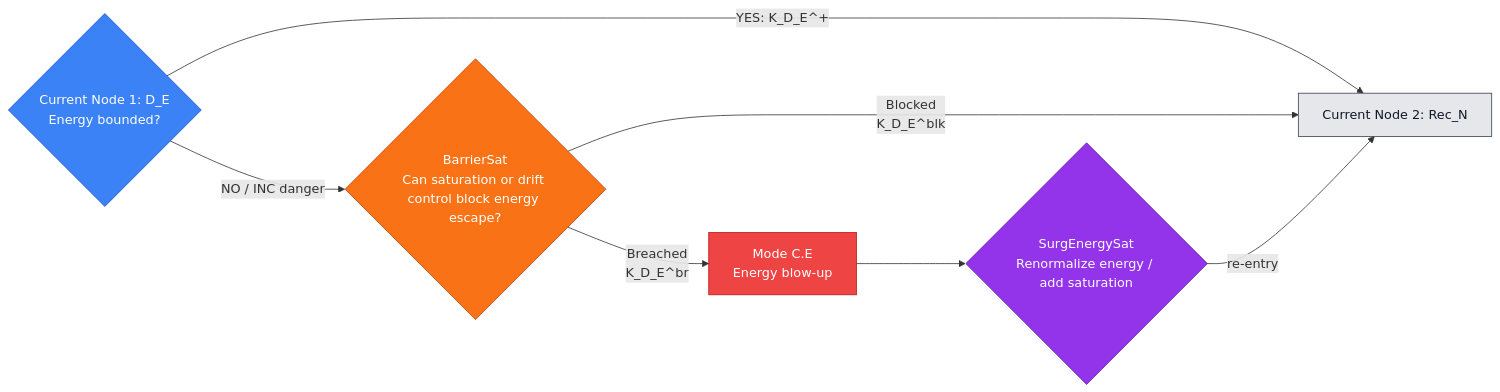
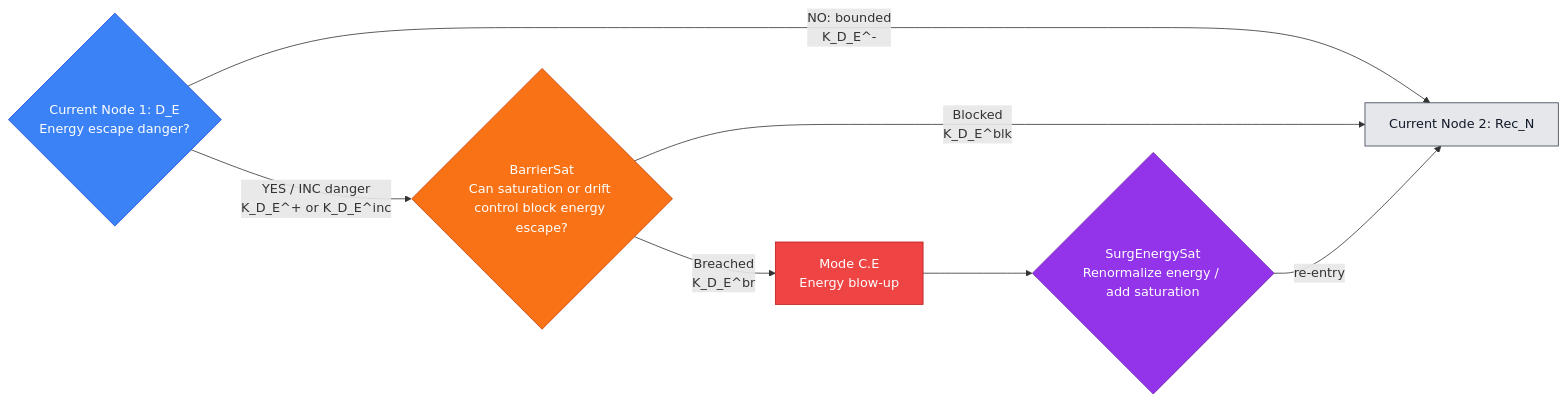
Before and after one commit to Guillemdb/hypostructure: the third of 54 diagrams in docs/source/1_hypostructure_formalism/edits/new_sieve.md, drawn with Mermaid. The commit also changed other lines of this file, not shown here.

````diff
--- a/docs/source/1_hypostructure_formalism/edits/new_sieve.md
+++ b/docs/source/1_hypostructure_formalism/edits/new_sieve.md
@@ -821,22 +836,22 @@
 ```mermaid
 flowchart LR
-    C{"Current Node 1: D_E<br/>Energy bounded?"}
-    C -- "YES: K_D_E^+" --> N["Current Node 2: Rec_N"]
-    C -- "NO / INC danger" --> B{"BarrierSat<br/>Can saturation or drift control block energy escape?"}
+    C{"Current Node 1: D_E<br/>Energy escape danger?"}
+    C -- "NO: bounded<br/>K_D_E^-" --> N["Current Node 2: Rec_N"]
+    C -- "YES / INC danger<br/>K_D_E^+ or K_D_E^inc" --> B{"BarrierSat<br/>Can saturation or drift control block energy escape?"}
     B -- "Blocked<br/>K_D_E^blk" --> N
     B -- "Breached<br/>K_D_E^br" --> M["Mode C.E<br/>Energy blow-up"]
     M --> S{"SurgEnergySat<br/>Renormalize energy / add saturation"}
     S -- "re-entry" --> N
 
     classDef check fill:#3b82f6,stroke:#1d4ed8,color:#ffffff;
     classDef barrier fill:#f97316,stroke:#c2410c,color:#ffffff;
     classDef mode fill:#ef4444,stroke:#b91c1c,color:#ffffff;
     classDef surgery fill:#9333ea,stroke:#6b21a8,color:#ffffff;
     classDef next fill:#e5e7eb,stroke:#374151,color:#111827;
 
     class C check;
     class B barrier;
     class M mode;
     class S surgery;
     class N next;
 ```
````
